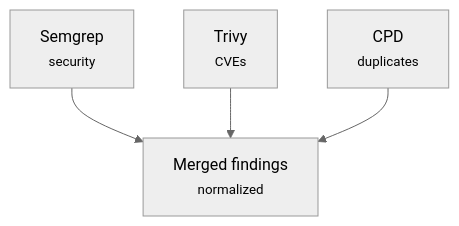
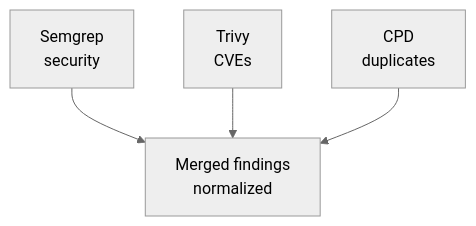
One commit to actions-marketplace-validations/JNZader_ghagga changed the diagram in docs/static-analysis.md. Above: the diagram before and after it, drawn with Mermaid (neutral theme). The commit also changed 7 other files, not shown here.

First line of the commit message:
fix(docs): remove <small> tags from Mermaid diagrams

````diff
--- a/docs/static-analysis.md
+++ b/docs/static-analysis.md
@@ -17,6 +17,6 @@
 ```mermaid
 flowchart TB
-  Semgrep["Semgrep<br/><small>security</small>"] --> Merge["Merged findings<br/><small>normalized</small>"]
-  Trivy["Trivy<br/><small>CVEs</small>"] --> Merge
-  CPD["CPD<br/><small>duplicates</small>"] --> Merge
+  Semgrep["Semgrep<br/>security"] --> Merge["Merged findings<br/>normalized"]
+  Trivy["Trivy<br/>CVEs"] --> Merge
+  CPD["CPD<br/>duplicates"] --> Merge
 ```
````
